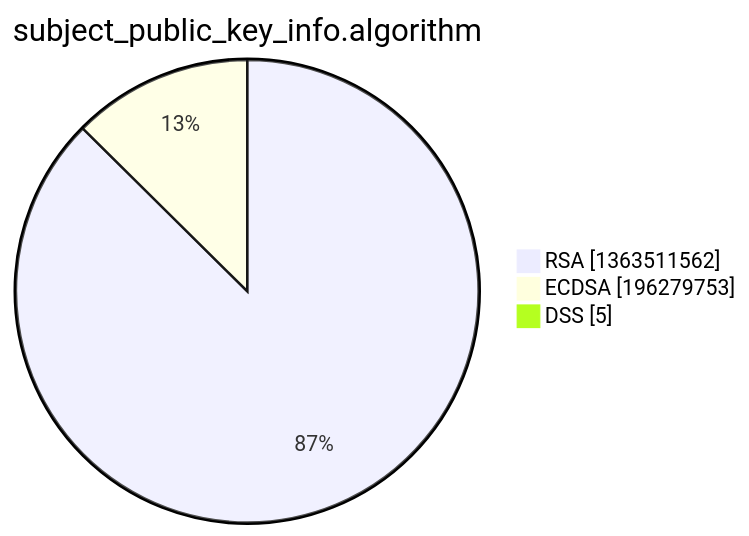
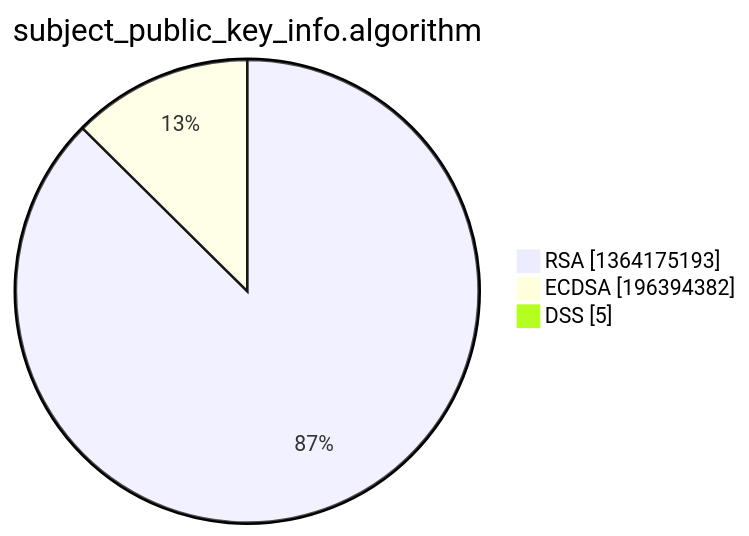
The third of 15 diagrams in xenon2022/README.md (christiankrug/ctmonitor_visualization), drawn with Mermaid before and after one commit. The commit also changed other lines of this file, not shown here.

````diff
--- a/xenon2022/README.md
+++ b/xenon2022/README.md
@@ -14,7 +14,7 @@
 ```mermaid
 pie showData
 title subject_public_key_info.algorithm
-"RSA" :1363511562
-"ECDSA" :196279753
+"RSA" :1364175193
+"ECDSA" :196394382
 "DSS" :5
 ```
````
